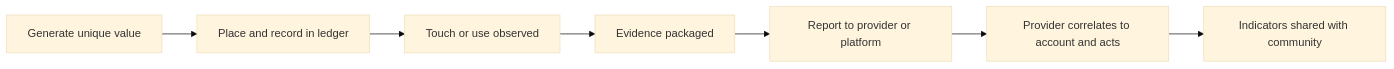
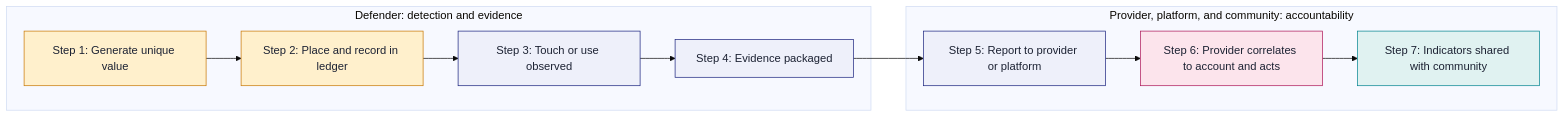
Before and after one commit to AndrewAltimit/template-repo: the ninth of 12 diagrams in docs/hardware/agent-swarm-honeypot-guide.md, drawn with Mermaid (base theme). The commit also changed other lines of this file and 118 other files, not shown here.

````diff
--- a/docs/hardware/agent-swarm-honeypot-guide.md
+++ b/docs/hardware/agent-swarm-honeypot-guide.md
@@ -341,9 +542,21 @@
 ```mermaid
 flowchart LR
-    G["Generate unique value"] --> P["Place and record in ledger"]
-    P --> T["Touch or use observed"]
-    T --> E["Evidence packaged"]
-    E --> R["Report to provider or platform"]
-    R --> A["Provider correlates to account and acts"]
-    A --> S["Indicators shared with community"]
+    subgraph DEF["Defender: detection and evidence"]
+      G["Step 1: Generate unique value"] --> P["Step 2: Place and record in ledger"]
+      P --> T["Step 3: Touch or use observed"]
+      T --> E["Step 4: Evidence packaged"]
+    end
+    subgraph ACC["Provider, platform, and community: accountability"]
+      R["Step 5: Report to provider or platform"] --> A["Step 6: Provider correlates to account and acts"]
+      A --> S["Step 7: Indicators shared with community"]
+    end
+    E --> R
+    classDef def fill:#FFF0CC,stroke:#C77700,color:#1C2233
+    classDef step fill:#EEF0FA,stroke:#1A237E,color:#1C2233
+    classDef hot fill:#FCE4EC,stroke:#AD1457,color:#1C2233
+    classDef share fill:#E0F2F1,stroke:#00838F,color:#1C2233
+    class G,P def
+    class T,E,R step
+    class A hot
+    class S share
 ```
````
